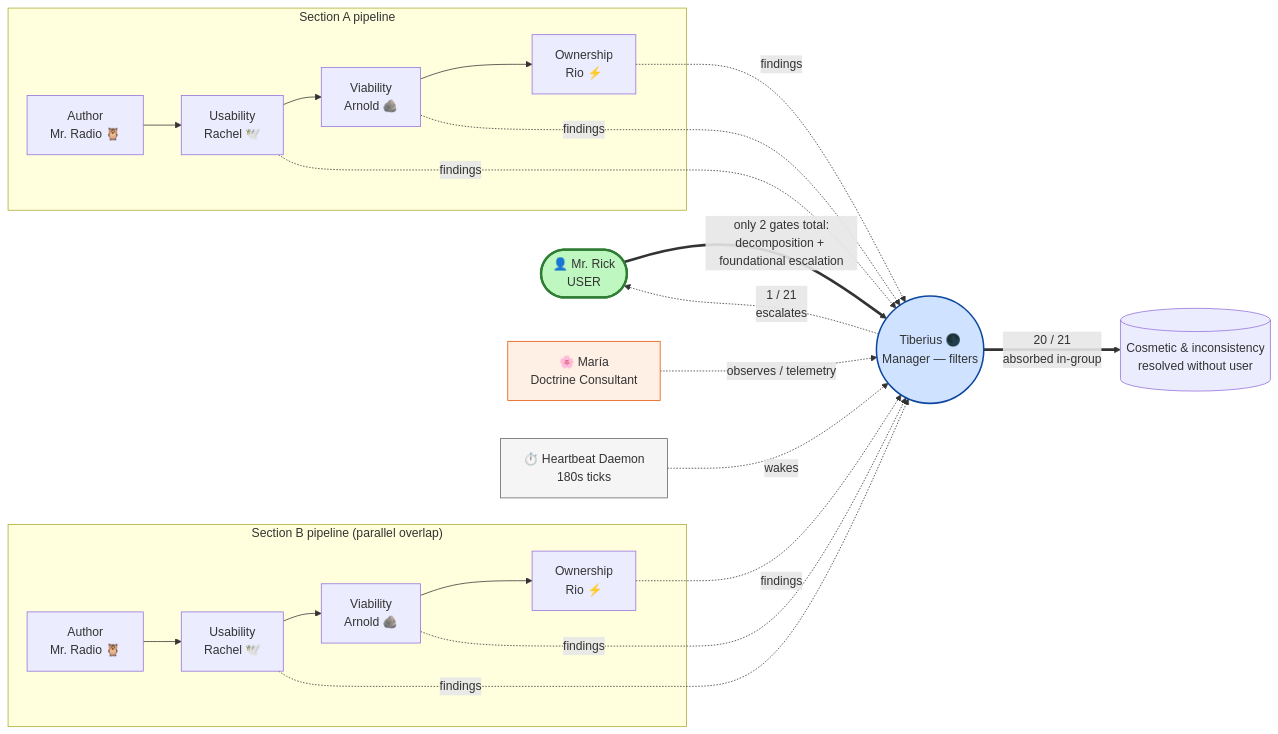
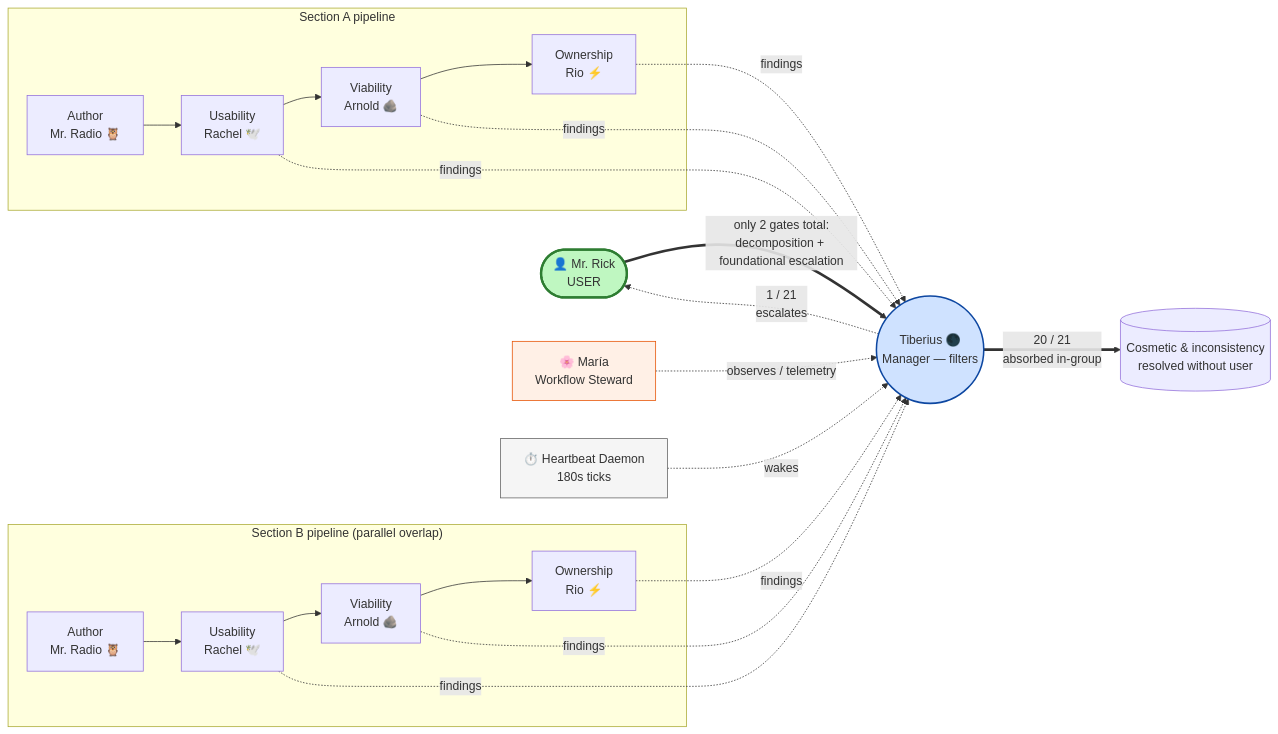
The third of 3 diagrams in src/rnd/2026.05.17-cascaded-plan-review-pipeline.md (deepily/planning-is-prompting), drawn with Mermaid before and after one commit. The commit also changed other lines of this file and 18 other files, not shown here.

````diff
--- a/src/rnd/2026.05.17-cascaded-plan-review-pipeline.md
+++ b/src/rnd/2026.05.17-cascaded-plan-review-pipeline.md
@@ -494,46 +494,46 @@
 ```mermaid
 flowchart LR
     User([👤 Mr. Rick<br/>USER])
-    Maria[🌸 María<br/>Doctrine Consultant]
+    Maria[🌸 María<br/>Workflow Steward]
     Mgr((Tiberius 🌑<br/>Manager — filters))
 
     subgraph SecA["Section A pipeline"]
       A0[Author<br/>Mr. Radio 🦉]
       A1[Usability<br/>Rachel 🕊️]
       A2[Viability<br/>Arnold 🪨]
       A3[Ownership<br/>Rio ⚡]
       A0 --> A1 --> A2 --> A3
     end
 
     subgraph SecB["Section B pipeline (parallel overlap)"]
       B0[Author<br/>Mr. Radio 🦉]
       B1[Usability<br/>Rachel 🕊️]
       B2[Viability<br/>Arnold 🪨]
       B3[Ownership<br/>Rio ⚡]
       B0 --> B1 --> B2 --> B3
     end
 
     A1 -. findings .-> Mgr
     A2 -. findings .-> Mgr
     A3 -. findings .-> Mgr
     B1 -. findings .-> Mgr
     B2 -. findings .-> Mgr
     B3 -. findings .-> Mgr
 
     Mgr ==>|"20 / 21<br/>absorbed in-group"| Absorb[(Cosmetic & inconsistency<br/>resolved without user)]
     Mgr -.->|"1 / 21<br/>escalates"| User
 
     User ==>|"only 2 gates total:<br/>decomposition + foundational escalation"| Mgr
 
     Daemon[⏱️ Heartbeat Daemon<br/>180s ticks] -. wakes .-> Mgr
     Maria -. observes / telemetry .-> Mgr
 
     classDef user fill:#bff7c1,stroke:#2e7d32,stroke-width:3px
     classDef mgr fill:#cfe2ff,stroke:#0d47a1,stroke-width:2px
     classDef daemon fill:#f5f5f5,stroke:#616161
     classDef obs fill:#fff0e6,stroke:#e65100
     class User user
     class Mgr mgr
     class Daemon daemon
     class Maria obs
 ```
````
